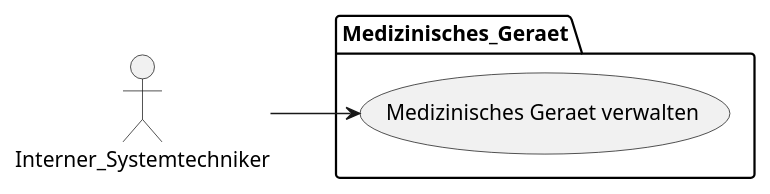
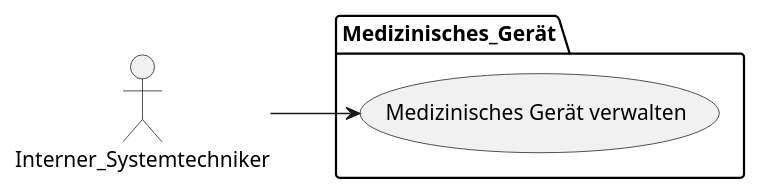
The eighth of 9 diagrams in docs/2_planning/1_business_use_cases.md (helenlaible/ss23-kba-project), drawn with PlantUML before and after one commit. The commit also changed other lines of this file, not shown here.

````diff
--- a/docs/2_planning/1_business_use_cases.md
+++ b/docs/2_planning/1_business_use_cases.md
@@ -216,11 +216,11 @@
 ```plantuml BUC Geraetehersteller
 @startuml
 left to right direction
 actor Interner_Systemtechniker as is
-package Medizinisches_Geraet {
-  usecase "Medizinisches Geraet verwalten" as UC1
+package Medizinisches_Gerät {
+  usecase "Medizinisches Gerät verwalten" as UC1
 }
 
 is --> UC1
 @enduml
 ```
````
